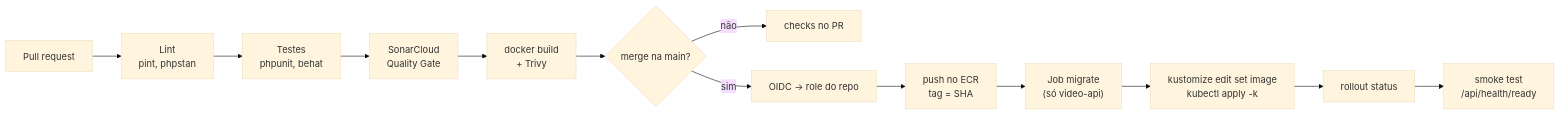
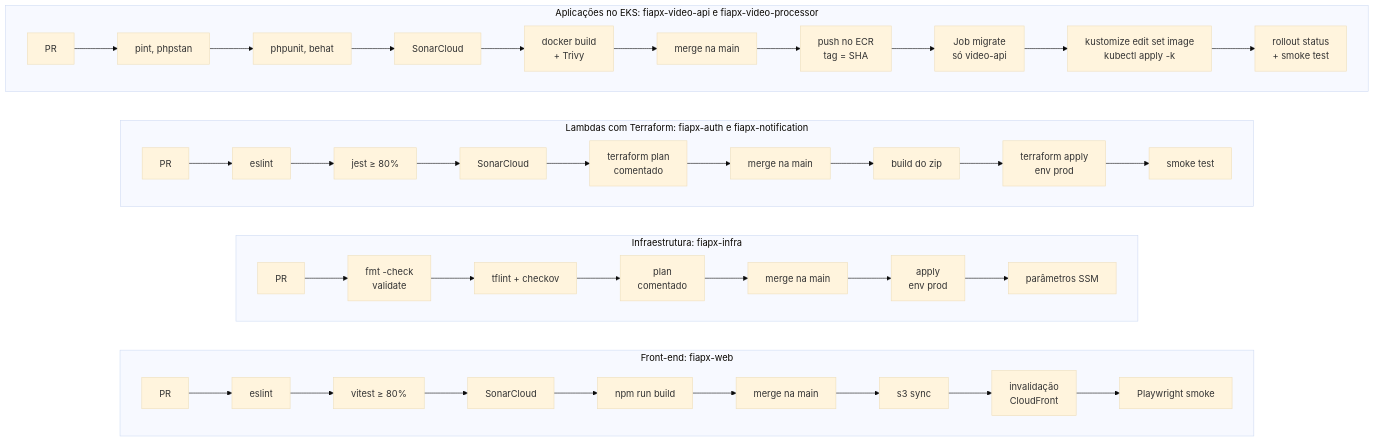
The first of 2 diagrams in 06-deploy/fluxo-de-deploy.md (hackathon-fiap-soat/fiapx-docs), drawn with Mermaid (base theme) before and after one commit. The commit also changed other lines of this file and 129 other files, not shown here.

First line of the commit message:
docs: recuperação e troca de senha + diagramas organizados por assunto (#4)

````diff
--- a/06-deploy/fluxo-de-deploy.md
+++ b/06-deploy/fluxo-de-deploy.md
@@ -31,15 +31,20 @@
 ```mermaid
-flowchart LR
-  PR["Pull request"] --> L["Lint<br/>pint, phpstan"]
-  L --> T["Testes<br/>phpunit, behat"]
-  T --> S["SonarCloud<br/>Quality Gate"]
-  S --> B["docker build<br/>+ Trivy"]
-  B --> M{"merge na main?"}
-  M -- "não" --> FIM["checks no PR"]
-  M -- "sim" --> OIDC["OIDC → role do repo"]
-  OIDC --> ECR["push no ECR<br/>tag = SHA"]
-  ECR --> MIG["Job migrate<br/>(só video-api)"]
-  MIG --> K["kustomize edit set image<br/>kubectl apply -k"]
-  K --> RS["rollout status"]
-  RS --> SM["smoke test<br/>/api/health/ready"]
+flowchart TB
+  subgraph EKS["Aplicações no EKS: fiapx-video-api e fiapx-video-processor"]
+    direction LR
+    E1["PR"] --> E2["pint, phpstan"] --> E3["phpunit, behat"] --> E4["SonarCloud"] --> E5["docker build<br/>+ Trivy"] --> E6["merge na main"] --> E7["push no ECR<br/>tag = SHA"] --> E8["Job migrate<br/>só video-api"] --> E9["kustomize edit set image<br/>kubectl apply -k"] --> E10["rollout status<br/>+ smoke test"]
+  end
+  subgraph LAMBDA["Lambdas com Terraform: fiapx-auth e fiapx-notification"]
+    direction LR
+    L1["PR"] --> L2["eslint"] --> L3["jest ≥ 80%"] --> L4["SonarCloud"] --> L5["terraform plan<br/>comentado"] --> L6["merge na main"] --> L7["build do zip"] --> L8["terraform apply<br/>env prod"] --> L9["smoke test"]
+  end
+  subgraph INFRA["Infraestrutura: fiapx-infra"]
+    direction LR
+    I1["PR"] --> I2["fmt -check<br/>validate"] --> I3["tflint + checkov"] --> I4["plan<br/>comentado"] --> I5["merge na main"] --> I6["apply<br/>env prod"] --> I7["parâmetros SSM"]
+  end
+  subgraph WEB["Front-end: fiapx-web"]
+    direction LR
+    W1["PR"] --> W2["eslint"] --> W3["vitest ≥ 80%"] --> W4["SonarCloud"] --> W5["npm run build"] --> W6["merge na main"] --> W7["s3 sync"] --> W8["invalidação<br/>CloudFront"] --> W9["Playwright smoke"]
+  end
+  EKS ~~~ LAMBDA ~~~ INFRA ~~~ WEB
 ```
````
